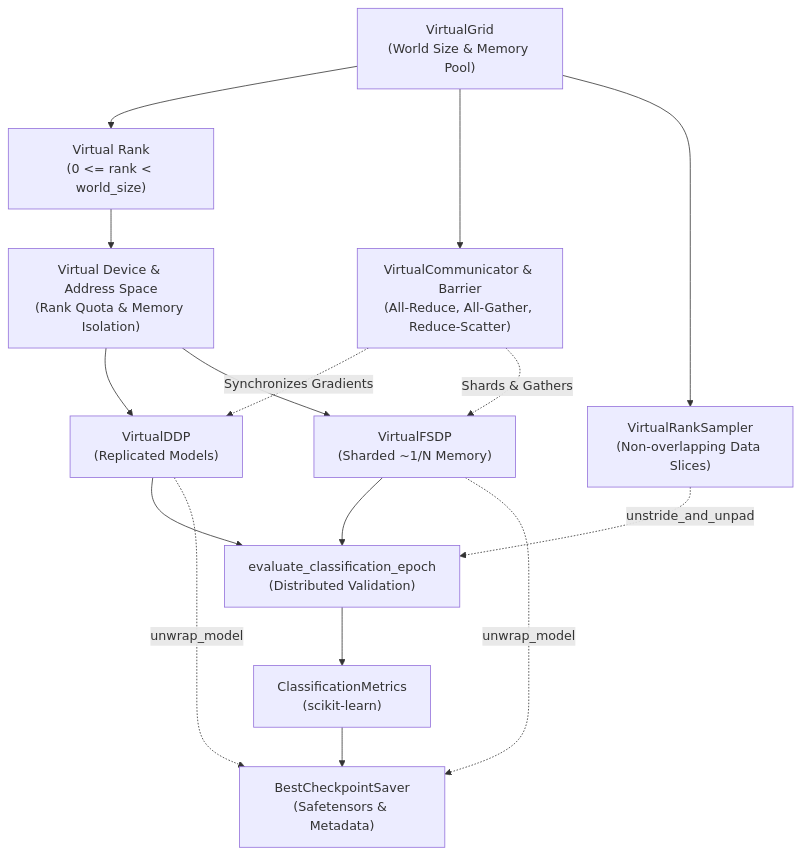
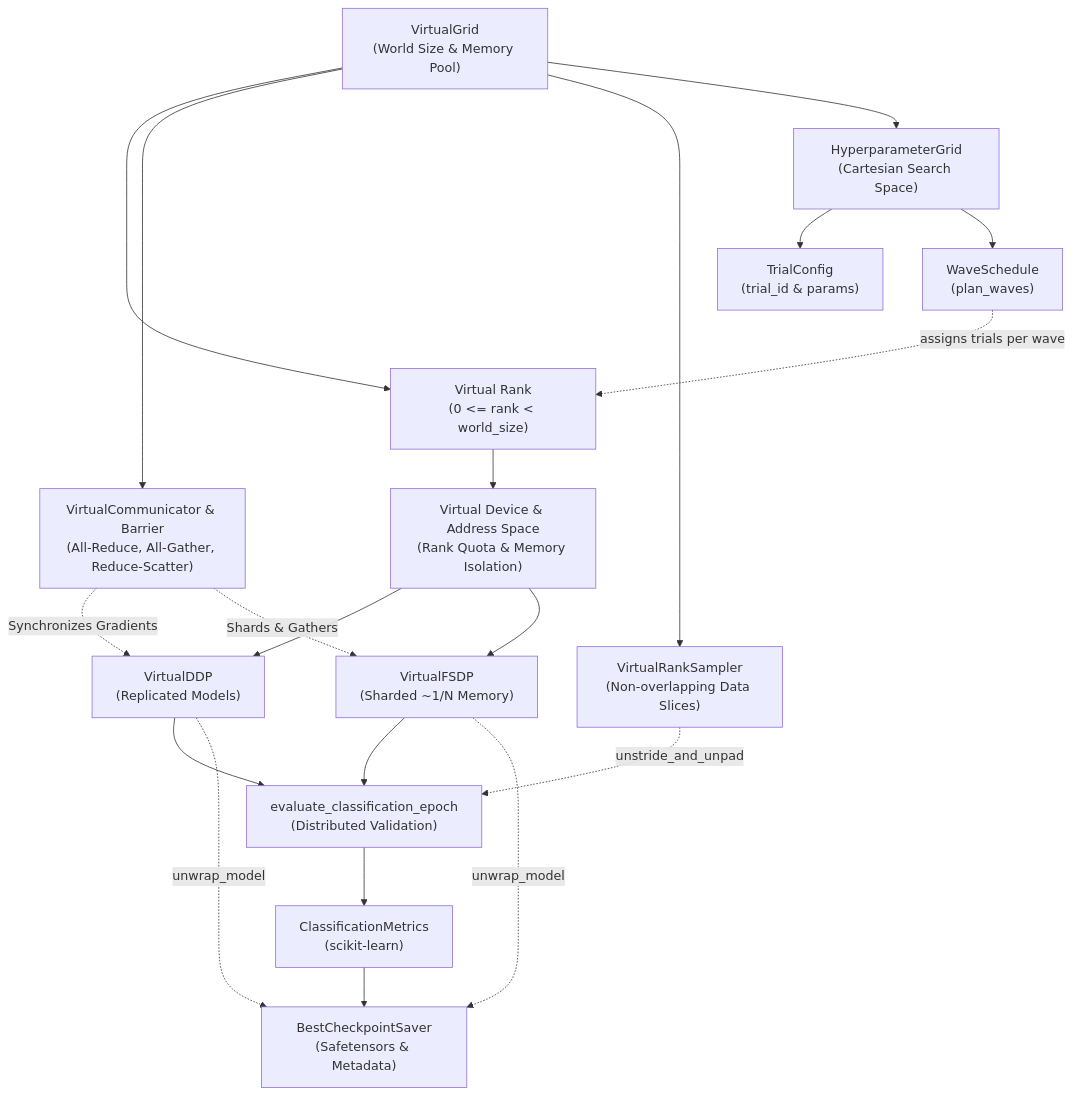
Before and after one commit to rsyue/amd-spare-bedroom: the diagram in GLOSSARY.md, drawn with Mermaid. The commit also changed other lines of this file and 4 other files, not shown here.

First line of the commit message:
feat(grid-search): add hyperparameter search space expansion and wave scheduler (#6) (#12)

````diff
--- a/GLOSSARY.md
+++ b/GLOSSARY.md
@@ -42,18 +45,22 @@
 ```mermaid
 flowchart TD
     VG["VirtualGrid\n(World Size & Memory Pool)"] --> VR["Virtual Rank\n(0 <= rank < world_size)"]
     VR --> VD["Virtual Device & Address Space\n(Rank Quota & Memory Isolation)"]
     VG --> VC["VirtualCommunicator & Barrier\n(All-Reduce, All-Gather, Reduce-Scatter)"]
     VG --> RS["VirtualRankSampler\n(Non-overlapping Data Slices)"]
     VD --> DDP["VirtualDDP\n(Replicated Models)"]
     VD --> FSDP["VirtualFSDP\n(Sharded ~1/N Memory)"]
     VC -. "Synchronizes Gradients" .-> DDP
     VC -. "Shards & Gathers" .-> FSDP
     DDP --> EVAL["evaluate_classification_epoch\n(Distributed Validation)"]
     FSDP --> EVAL
     RS -. "unstride_and_unpad" .-> EVAL
     EVAL --> METRICS["ClassificationMetrics\n(scikit-learn)"]
     METRICS --> CKPT["BestCheckpointSaver\n(Safetensors & Metadata)"]
     DDP -. "unwrap_model" .-> CKPT
     FSDP -. "unwrap_model" .-> CKPT
+    VG --> HG["HyperparameterGrid\n(Cartesian Search Space)"]
+    HG --> TC["TrialConfig\n(trial_id & params)"]
+    HG --> WS["WaveSchedule\n(plan_waves)"]
+    WS -. "assigns trials per wave" .-> VR
 ```
````
